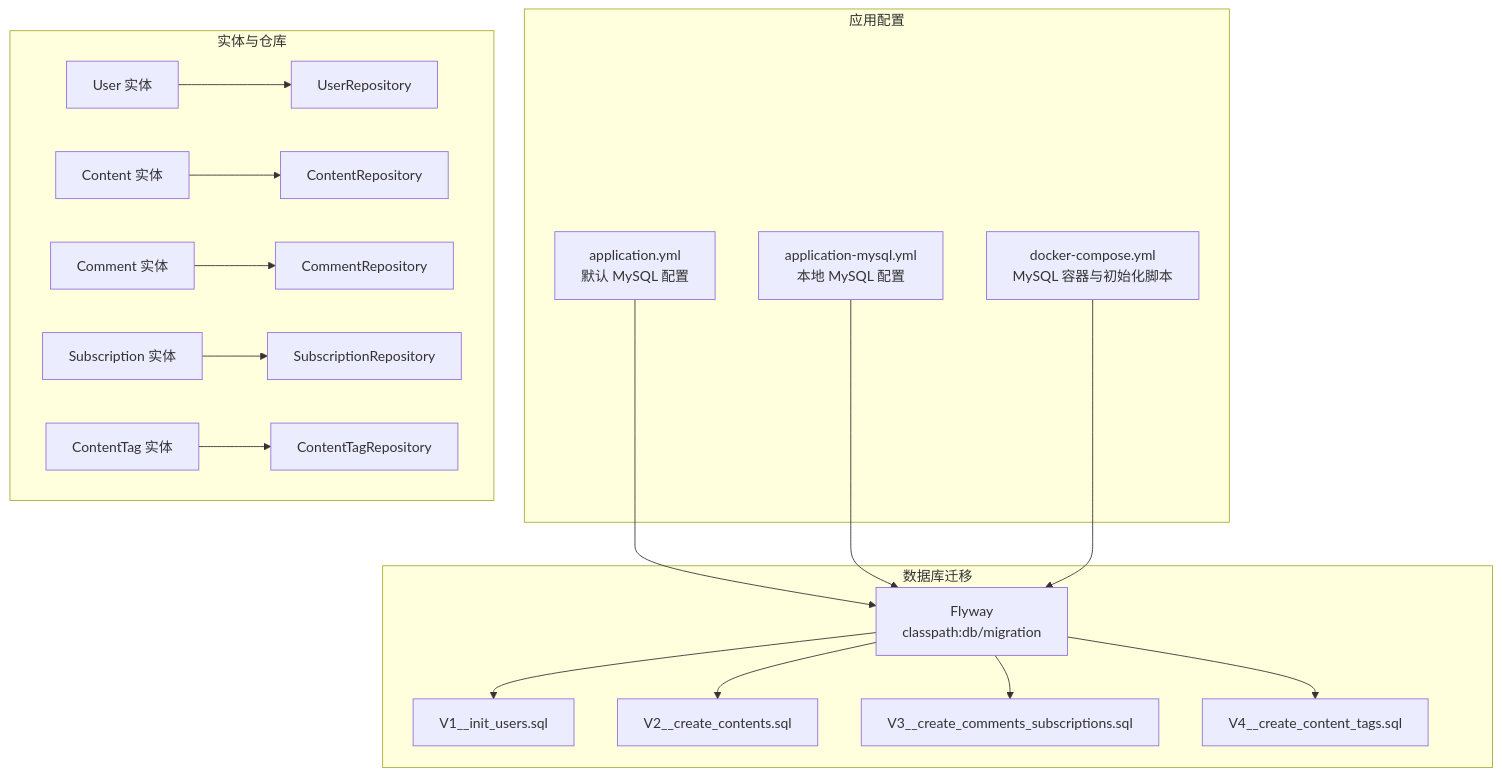
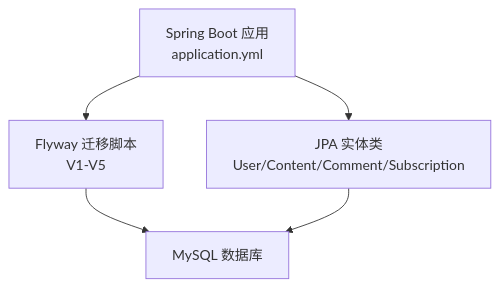
The first of 3 diagrams in .qoder/repowiki/zh/content/数据库设计/数据库设计.md (koala-xiong/communication-qoder), drawn with Mermaid before and after one commit. The commit also changed other lines of this file and 73 other files, not shown here.

````diff
--- a/.qoder/repowiki/zh/content/数据库设计/数据库设计.md
+++ b/.qoder/repowiki/zh/content/数据库设计/数据库设计.md
@@ -52,39 +40,7 @@
 ```mermaid
 graph TB
-subgraph "应用配置"
-APP["application.yml<br/>默认 MySQL 配置"]
-MYSQL["application-mysql.yml<br/>本地 MySQL 配置"]
-DOCKER["docker-compose.yml<br/>MySQL 容器与初始化脚本"]
-end
-subgraph "数据库迁移"
-FLYWAY["Flyway<br/>classpath:db/migration"]
-MIG_V1["V1__init_users.sql"]
-MIG_V2["V2__create_contents.sql"]
-MIG_V3["V3__create_comments_subscriptions.sql"]
-MIG_V4["V4__create_content_tags.sql"]
-end
-subgraph "实体与仓库"
-E_USER["User 实体"]
-E_CONTENT["Content 实体"]
-E_COMMENT["Comment 实体"]
-E_SUB["Subscription 实体"]
-E_TAG["ContentTag 实体"]
-R_USER["UserRepository"]
-R_CONTENT["ContentRepository"]
-R_COMMENT["CommentRepository"]
-R_SUB["SubscriptionRepository"]
-R_TAG["ContentTagRepository"]
-end
-APP --> FLYWAY
-MYSQL --> FLYWAY
-DOCKER --> FLYWAY
-FLYWAY --> MIG_V1
-FLYWAY --> MIG_V2
-FLYWAY --> MIG_V3
-FLYWAY --> MIG_V4
-E_USER --> R_USER
-E_CONTENT --> R_CONTENT
-E_COMMENT --> R_COMMENT
-E_SUB --> R_SUB
-E_TAG --> R_TAG
+A["Spring Boot 应用<br/>application.yml"] --> B["Flyway 迁移脚本<br/>V1-V5"]
+A --> C["JPA 实体类<br/>User/Content/Comment/Subscription"]
+B --> D["MySQL 数据库"]
+C --> D
 ```
````
